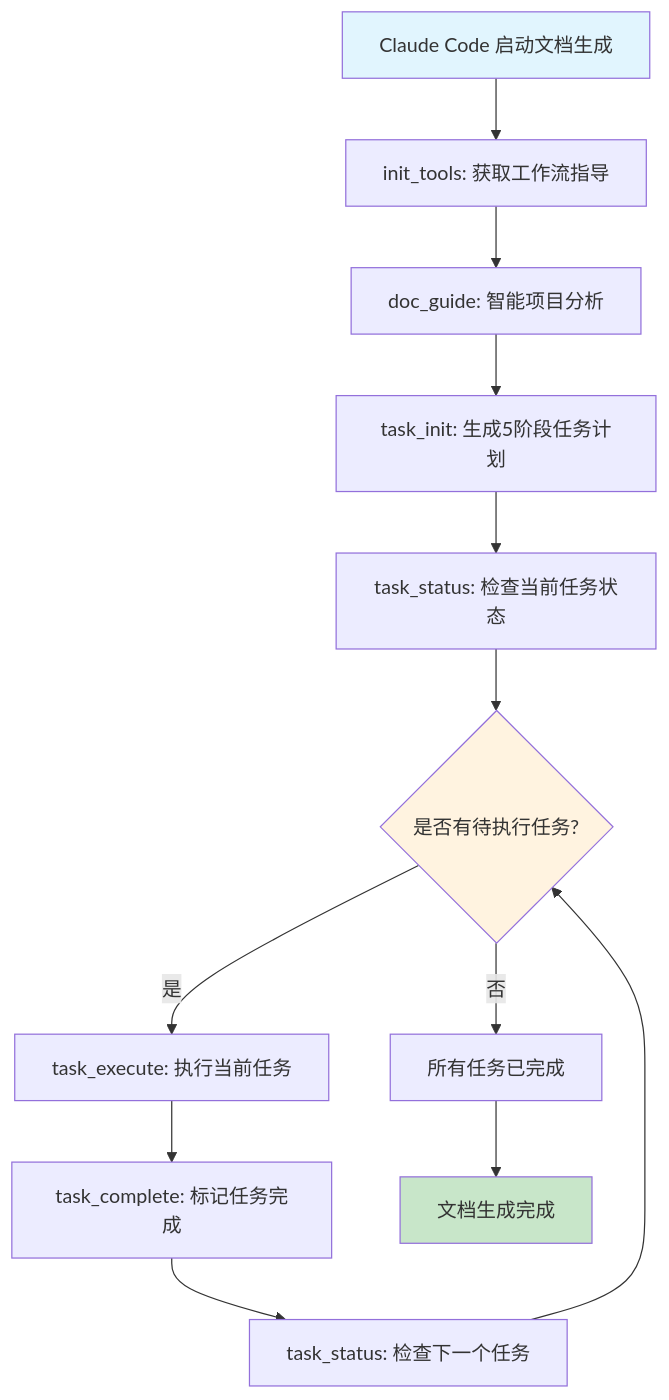
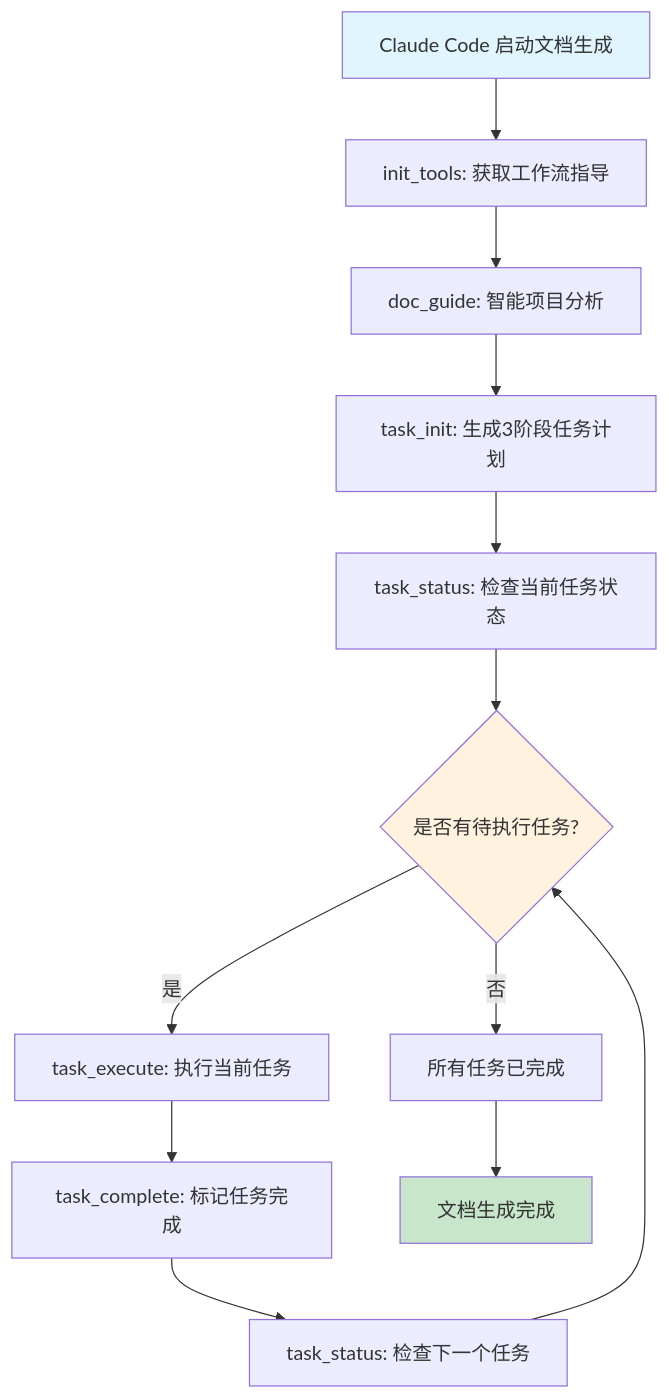
One commit to MGX-LJY/CodeLens changed the first of 15 diagrams in docs/architecture/data-flow.md. Above: the diagram before and after it, drawn with Mermaid. The commit also changed other lines of this file and 36 other files, not shown here.

````diff
--- a/docs/architecture/data-flow.md
+++ b/docs/architecture/data-flow.md
@@ -7,21 +7,21 @@
 ```mermaid
 graph TD
     A[Claude Code 启动文档生成] --> B[init_tools: 获取工作流指导]
     B --> C[doc_guide: 智能项目分析]
-    C --> D[task_init: 生成5阶段任务计划]
+    C --> D[task_init: 生成3阶段任务计划]
     D --> E[task_status: 检查当前任务状态]
     
     E --> F{是否有待执行任务?}
     F -->|是| G[task_execute: 执行当前任务]
     F -->|否| H[所有任务已完成]
     
     G --> I[task_complete: 标记任务完成]
     I --> J[task_status: 检查下一个任务]
     J --> F
     
     H --> K[文档生成完成]
     
     style A fill:#e1f5fe
     style K fill:#c8e6c9
     style F fill:#fff3e0
 ```
````
